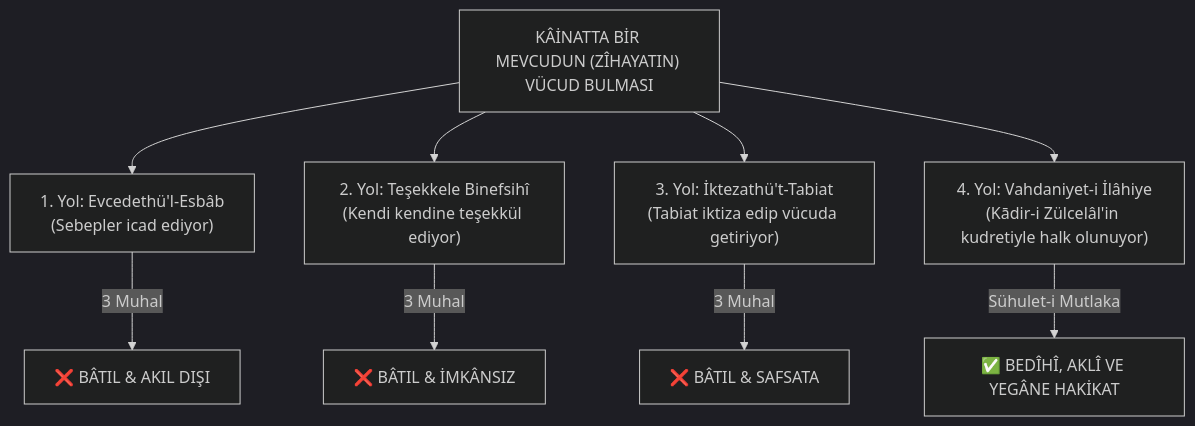
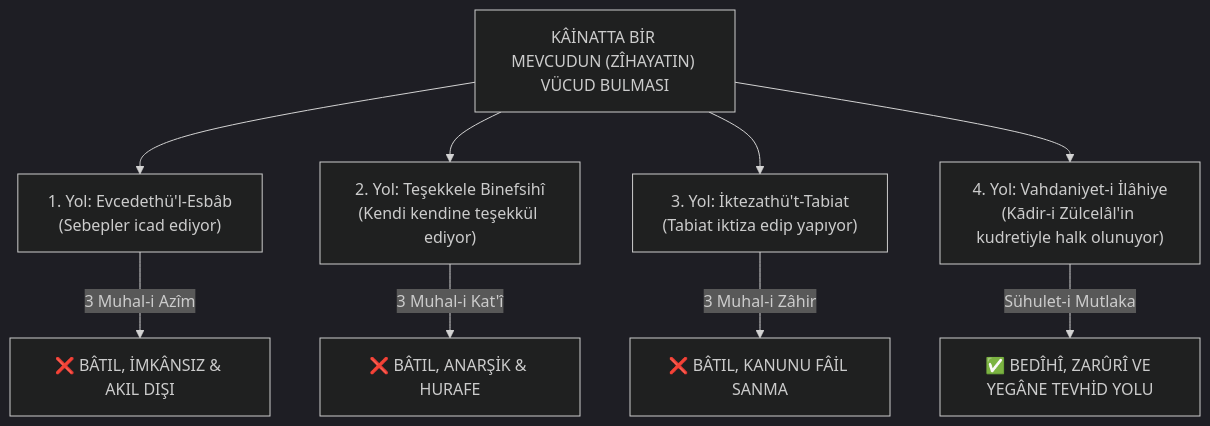
The diagram in docs/tabiat-ve-esbab-elestirisi.md (bahattinyunus/tilsim-i-kainat), drawn with Mermaid (dark theme) before and after one commit. The commit also changed other lines of this file and 5 other files, not shown here.

````diff
--- a/docs/tabiat-ve-esbab-elestirisi.md
+++ b/docs/tabiat-ve-esbab-elestirisi.md
@@ -21,15 +21,15 @@
 ```mermaid
 flowchart TD
     M["KÂİNATTA BİR MEVCUDUN (ZÎHAYATIN) VÜCUD BULMASI"]
     
     M --> Y1["1. Yol: Evcedethü'l-Esbâb<br/>(Sebepler icad ediyor)"]
     M --> Y2["2. Yol: Teşekkele Binefsihî<br/>(Kendi kendine teşekkül ediyor)"]
-    M --> Y3["3. Yol: İktezathü't-Tabiat<br/>(Tabiat iktiza edip vücuda getiriyor)"]
+    M --> Y3["3. Yol: İktezathü't-Tabiat<br/>(Tabiat iktiza edip yapıyor)"]
     M --> Y4["4. Yol: Vahdaniyet-i İlâhiye<br/>(Kādir-i Zülcelâl'in kudretiyle halk olunuyor)"]
     
-    Y1 -->|3 Muhal| Batil1["❌ BÂTIL & AKIL DIŞI"]
-    Y2 -->|3 Muhal| Batil2["❌ BÂTIL & İMKÂNSIZ"]
-    Y3 -->|3 Muhal| Batil3["❌ BÂTIL & SAFSATA"]
+    Y1 -->|3 Muhal-i Azîm| Batil1["❌ BÂTIL, İMKÂNSIZ & AKIL DIŞI"]
+    Y2 -->|3 Muhal-i Kat'î| Batil2["❌ BÂTIL, ANARŞİK & HURAFE"]
+    Y3 -->|3 Muhal-i Zâhir| Batil3["❌ BÂTIL, KANUNU FÂİL SANMA"]
     
-    Y4 -->|Sühulet-i Mutlaka| Hak["✅ BEDÎHÎ, AKLÎ VE YEGÂNE HAKİKAT"]
+    Y4 -->|Sühulet-i Mutlaka| Hak["✅ BEDÎHÎ, ZARÛRÎ VE YEGÂNE TEVHİD YOLU"]
 ```
````
